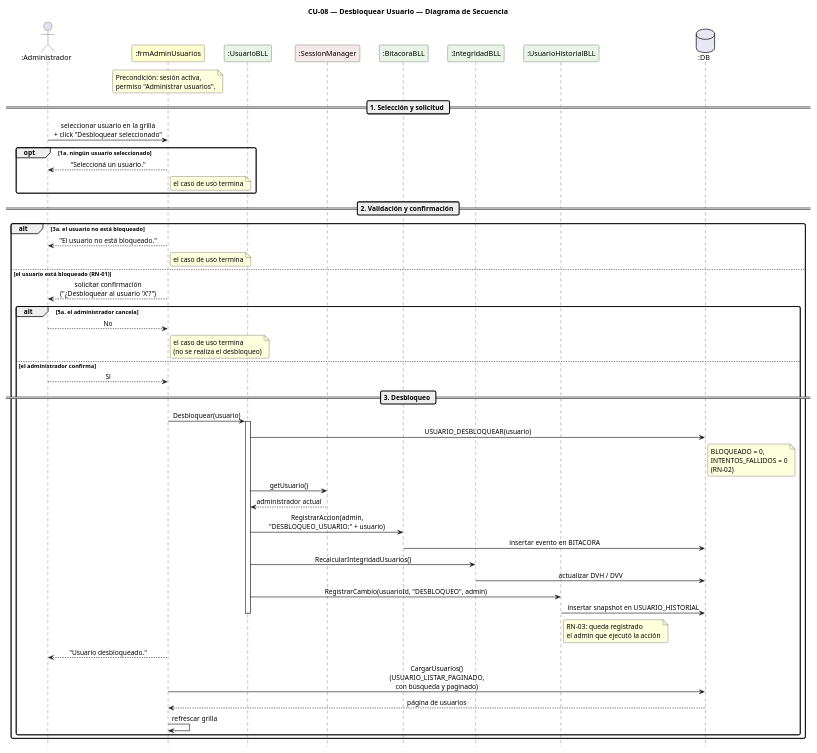
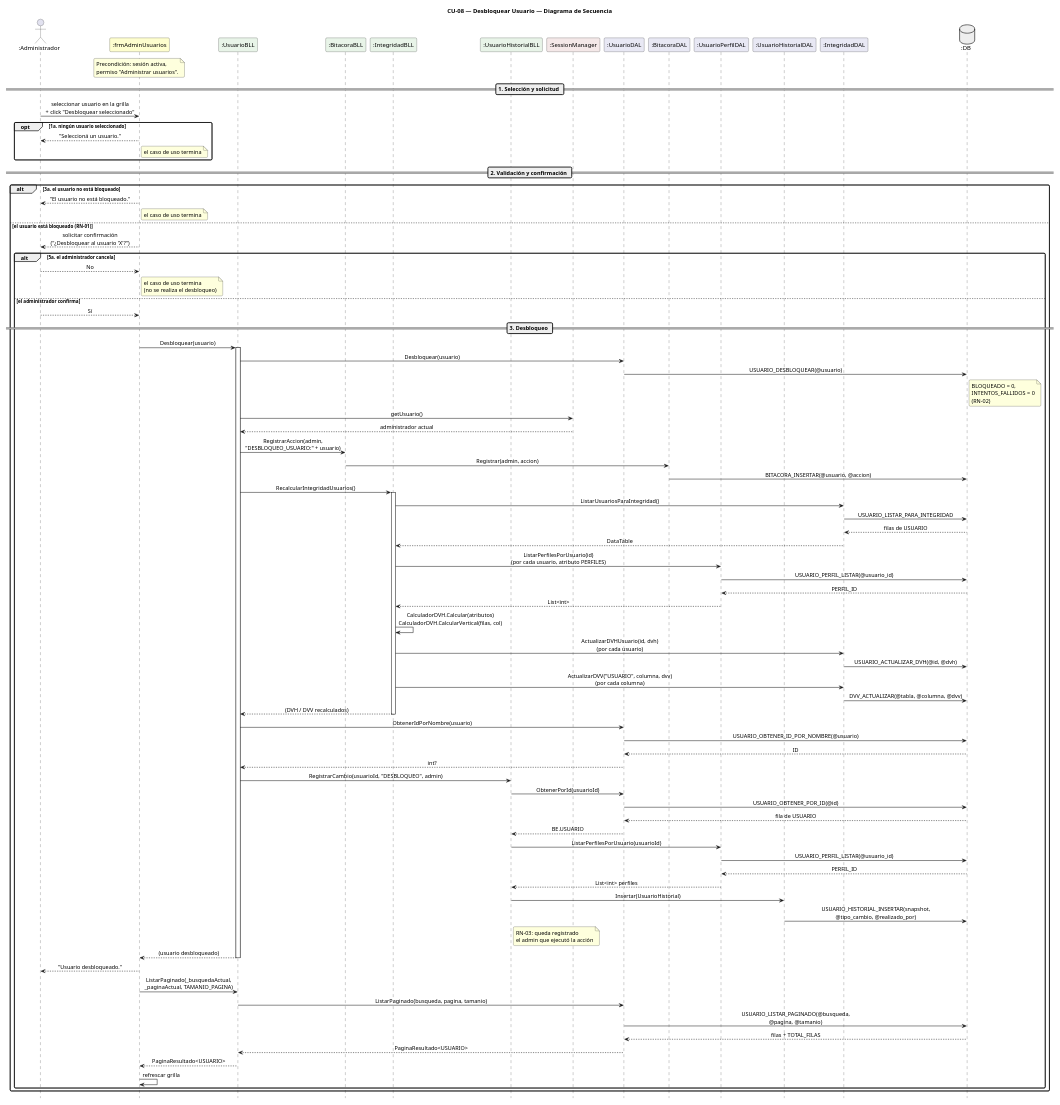
Before and after one commit to Jesifu/club-de-vinos-td: the diagram in DIAGRAMAS/DiagramaSecuencia_CU08_DesbloquearUsuario.puml, drawn with PlantUML. The commit also changed 39 other files, not shown here.

First line of the commit message:
docs: add DAL layer and real call chain to CU-01..CU-20 sequence diagrams

```diff
--- a/DIAGRAMAS/DiagramaSecuencia_CU08_DesbloquearUsuario.puml
+++ b/DIAGRAMAS/DiagramaSecuencia_CU08_DesbloquearUsuario.puml
@@ -1,97 +1,128 @@
 @startuml DiagramaSecuencia_CU08_DesbloquearUsuario
 
 title CU-08 — Desbloquear Usuario — Diagrama de Secuencia
 
 skinparam shadowing false
 skinparam roundcorner 6
 skinparam sequenceArrowThickness 1.2
-skinparam ParticipantPadding 14
 skinparam sequenceMessageAlign center
 hide footbox
-scale 0.85
+scale 0.7
 
 ' ─────────────────────────────────────────
 ' Participantes en orden de aparición
 ' ─────────────────────────────────────────
 actor       ":Administrador"       as A
 participant ":frmAdminUsuarios"    as FA #FEFECE
 participant ":UsuarioBLL"          as UB #E8F4E8
-participant ":SessionManager"      as SM #F4E8E8
 participant ":BitacoraBLL"         as BB #E8F4E8
 participant ":IntegridadBLL"       as IB #E8F4E8
 participant ":UsuarioHistorialBLL" as UH #E8F4E8
-database    ":DB"                  as DB #E8E8F4
+participant ":SessionManager"      as SM #F4E8E8
+participant ":UsuarioDAL"          as UD #E8E8F4
+participant ":BitacoraDAL"         as BD #E8E8F4
+participant ":UsuarioPerfilDAL"    as UPD #E8E8F4
+participant ":UsuarioHistorialDAL" as UHD #E8E8F4
+participant ":IntegridadDAL"       as IND #E8E8F4
+database    ":DB"                  as DB #EEEEEE
 
 note over FA
   Precondición: sesión activa,
   permiso "Administrar usuarios".
 end note
 
-' ─────────────────────────────────────────
-' SELECCIÓN Y SOLICITUD
-' ─────────────────────────────────────────
 == 1. Selección y solicitud ==
 
 A -> FA : seleccionar usuario en la grilla\n+ click "Desbloquear seleccionado"
 
 opt 1a. ningún usuario seleccionado
   FA --> A : "Seleccioná un usuario."
   note right of FA : el caso de uso termina
 end
 
-' ─────────────────────────────────────────
-' VALIDACIÓN Y CONFIRMACIÓN
-' ─────────────────────────────────────────
 == 2. Validación y confirmación ==
 
 alt 3a. el usuario no está bloqueado
   FA --> A : "El usuario no está bloqueado."
   note right of FA : el caso de uso termina
 
 else el usuario está bloqueado (RN-01)
   FA --> A : solicitar confirmación\n("¿Desbloquear al usuario 'X'?")
 
   alt 5a. el administrador cancela
     A --> FA : No
     note right of FA : el caso de uso termina\n(no se realiza el desbloqueo)
 
   else el administrador confirma
     A --> FA : Sí
 
-    ' ─────────────────────────────────────────
-    ' DESBLOQUEO
-    ' ─────────────────────────────────────────
     == 3. Desbloqueo ==
 
     FA -> UB : Desbloquear(usuario)
     activate UB
 
-    UB -> DB : USUARIO_DESBLOQUEAR(usuario)
+    UB -> UD : Desbloquear(usuario)
+    UD -> DB : USUARIO_DESBLOQUEAR(@usuario)
     note right of DB
       BLOQUEADO = 0,
       INTENTOS_FALLIDOS = 0
       (RN-02)
     end note
 
     UB -> SM : getUsuario()
     SM --> UB : administrador actual
 
     UB -> BB : RegistrarAccion(admin,\n"DESBLOQUEO_USUARIO:" + usuario)
-    BB -> DB : insertar evento en BITACORA
+    BB -> BD : Registrar(admin, accion)
+    BD -> DB : BITACORA_INSERTAR(@usuario, @accion)
 
     UB -> IB : RecalcularIntegridadUsuarios()
-    IB -> DB : actualizar DVH / DVV
+    activate IB
+    IB -> IND : ListarUsuariosParaIntegridad()
+    IND -> DB : USUARIO_LISTAR_PARA_INTEGRIDAD
+    DB --> IND : filas de USUARIO
+    IND --> IB : DataTable
+    IB -> UPD : ListarPerfilesPorUsuario(id)\n(por cada usuario, atributo PERFILES)
+    UPD -> DB : USUARIO_PERFIL_LISTAR(@usuario_id)
+    DB --> UPD : PERFIL_ID
+    UPD --> IB : List<int>
+    IB -> IB : CalculadorDVH.Calcular(atributos)\nCalculadorDVH.CalcularVertical(filas, col)
+    IB -> IND : ActualizarDVHUsuario(id, dvh)\n(por cada usuario)
+    IND -> DB : USUARIO_ACTUALIZAR_DVH(@id, @dvh)
+    IB -> IND : ActualizarDVV("USUARIO", columna, dvv)\n(por cada columna)
+    IND -> DB : DVV_ACTUALIZAR(@tabla, @columna, @dvv)
+    IB --> UB : (DVH / DVV recalculados)
+    deactivate IB
+
+    UB -> UD : ObtenerIdPorNombre(usuario)
+    UD -> DB : USUARIO_OBTENER_ID_POR_NOMBRE(@usuario)
+    DB --> UD : ID
+    UD --> UB : int?
 
     UB -> UH : RegistrarCambio(usuarioId, "DESBLOQUEO", admin)
-    UH -> DB : insertar snapshot en USUARIO_HISTORIAL
+    UH -> UD : ObtenerPorId(usuarioId)
+    UD -> DB : USUARIO_OBTENER_POR_ID(@id)
+    DB --> UD : fila de USUARIO
+    UD --> UH : BE.USUARIO
+    UH -> UPD : ListarPerfilesPorUsuario(usuarioId)
+    UPD -> DB : USUARIO_PERFIL_LISTAR(@usuario_id)
+    DB --> UPD : PERFIL_ID
+    UPD --> UH : List<int> perfiles
+    UH -> UHD : Insertar(UsuarioHistorial)
+    UHD -> DB : USUARIO_HISTORIAL_INSERTAR(snapshot,\n@tipo_cambio, @realizado_por)
     note right of UH : RN-03: queda registrado\nel admin que ejecutó la acción
+    UB --> FA : (usuario desbloqueado)
     deactivate UB
 
     FA --> A : "Usuario desbloqueado."
-    FA -> DB : CargarUsuarios()\n(USUARIO_LISTAR_PAGINADO,\ncon búsqueda y paginado)
-    DB --> FA : página de usuarios
+    FA -> UB : ListarPaginado(_busquedaActual,\n_paginaActual, TAMANIO_PAGINA)
+    UB -> UD : ListarPaginado(busqueda, pagina, tamanio)
+    UD -> DB : USUARIO_LISTAR_PAGINADO(@busqueda,\n@pagina, @tamanio)
+    DB --> UD : filas + TOTAL_FILAS
+    UD --> UB : PaginaResultado<USUARIO>
+    UB --> FA : PaginaResultado<USUARIO>
     FA -> FA : refrescar grilla
   end
 end
 
 @enduml
```
